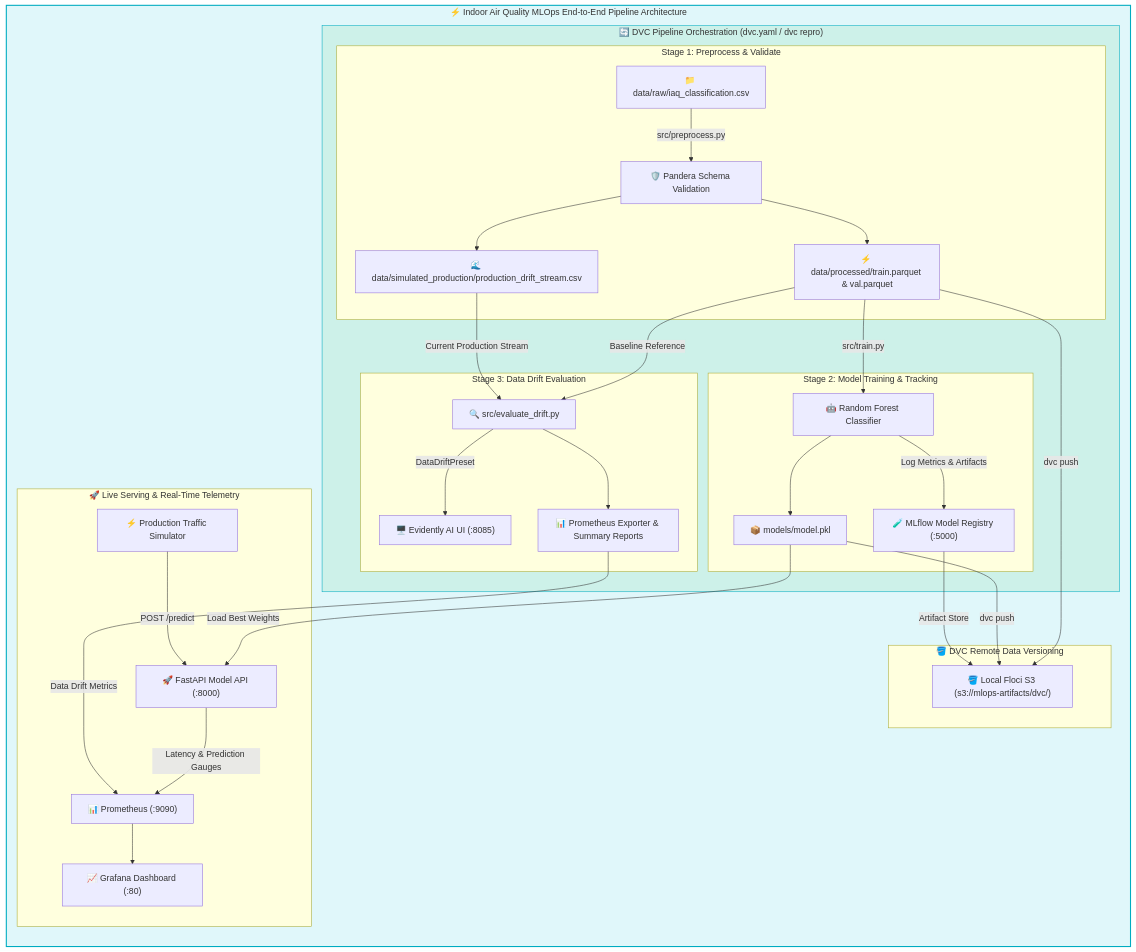
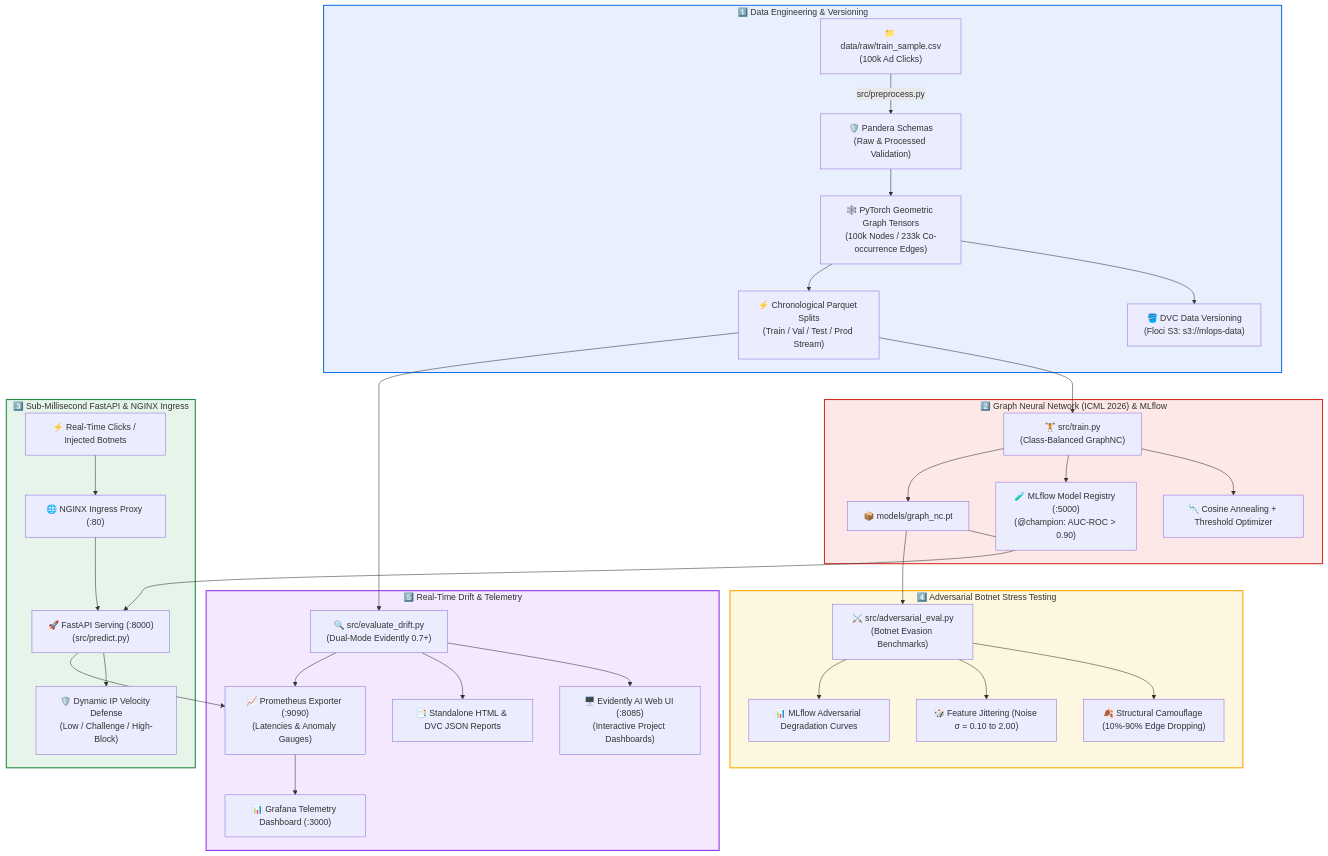
One commit to OmarAlsaqa/ads-safety-mlops changed the diagram in README.md. Above: the diagram before and after it, drawn with Mermaid. The commit also changed other lines of this file and 23 other files, not shown here.

Commit message:
feat: complete end-to-end GraphNC ads safety MLOps platform

````diff
--- a/README.md
+++ b/README.md
@@ -12,46 +9,45 @@
 ```mermaid
-flowchart LR
-    subgraph FullPipeline["⚡ Indoor Air Quality MLOps End-to-End Pipeline Architecture"]
-
-        subgraph DVC_Orchestration["🔄 DVC Pipeline Orchestration (dvc.yaml / dvc repro)"]
-            
-            subgraph Stage1["Stage 1: Preprocess & Validate"]
-                RawCSV["📁 data/raw/iaq_classification.csv"] -->|src/preprocess.py| PanderaVal["🛡️ Pandera Schema Validation"]
-                PanderaVal --> ProcessedParquet["⚡ data/processed/train.parquet & val.parquet"]
-                PanderaVal --> ProdStream["🌊 data/simulated_production/production_drift_stream.csv"]
-            end
-
-            subgraph Stage2["Stage 2: Model Training & Tracking"]
-                ProcessedParquet -->|src/train.py| RandomForest["🤖 Random Forest Classifier"]
-                RandomForest -->|Log Metrics & Artifacts| MLflowServer["🧪 MLflow Model Registry (:5000)"]
-                RandomForest --> ModelPKL["📦 models/model.pkl"]
-            end
-
-            subgraph Stage3["Stage 3: Data Drift Evaluation"]
-                ProcessedParquet -->|Baseline Reference| DriftScript["🔍 src/evaluate_drift.py"]
-                ProdStream -->|Current Production Stream| DriftScript
-                DriftScript -->|DataDriftPreset| EvidentlyUI["🖥️ Evidently AI UI (:8085)"]
-                DriftScript --> SummaryMetrics["📊 Prometheus Exporter & Summary Reports"]
-            end
-
-        end
-
-        subgraph DVCSync["🪣 DVC Remote Data Versioning"]
-            ProcessedParquet -->|dvc push| FlociS3["🪣 Local Floci S3 (s3://mlops-artifacts/dvc/)"]
-            ModelPKL -->|dvc push| FlociS3
-            MLflowServer -->|Artifact Store| FlociS3
-        end
-
-        subgraph ServingTelemetry["🚀 Live Serving & Real-Time Telemetry"]
-            ModelPKL -->|Load Best Weights| FastAPIService["🚀 FastAPI Model API (:8000)"]
-            TrafficSim["⚡ Production Traffic Simulator"] -->|POST /predict| FastAPIService
-            FastAPIService -->|Latency & Prediction Gauges| PrometheusServer["📊 Prometheus (:9090)"]
-            SummaryMetrics -->|Data Drift Metrics| PrometheusServer
-            PrometheusServer --> GrafanaDashboard["📈 Grafana Dashboard (:80)"]
-        end
-
+flowchart TB
+    subgraph DataEngineering["1️⃣ Data Engineering & Versioning"]
+        RawClick["📁 data/raw/train_sample.csv\n(100k Ad Clicks)"] -->|src/preprocess.py| PanderaVal["🛡️ Pandera Schemas\n(Raw & Processed Validation)"]
+        PanderaVal --> GraphGen["🕸️ PyTorch Geometric Graph Tensors\n(100k Nodes / 233k Co-occurrence Edges)"]
+        GraphGen --> DVCStorage["🪣 DVC Data Versioning\n(Floci S3: s3://mlops-data)"]
+        GraphGen --> ParquetSplits["⚡ Chronological Parquet Splits\n(Train / Val / Test / Prod Stream)"]
     end
 
-    style FullPipeline fill:#e0f7fa,stroke:#00acc1,stroke-width:2px
-    style DVC_Orchestration fill:#9FE2BF,stroke:#00acc1,stroke-width:1px,fill-opacity:0.3
+    subgraph Modeling["2️⃣ Graph Neural Network (ICML 2026) & MLflow"]
+        ParquetSplits --> TrainScript["🏋️ src/train.py\n(Class-Balanced GraphNC)"]
+        TrainScript --> CosineScheduler["📉 Cosine Annealing + Threshold Optimizer"]
+        TrainScript --> MLflowRegistry["🧪 MLflow Model Registry (:5000)\n(@champion: AUC-ROC > 0.90)"]
+        TrainScript --> ModelCheckpoints["📦 models/graph_nc.pt"]
+    end
+
+    subgraph RealTimeServing["3️⃣ Sub-Millisecond FastAPI & NGINX Ingress"]
+        ModelCheckpoints --> API["🚀 FastAPI Serving (:8000)\n(src/predict.py)"]
+        NGINX["🌐 NGINX Ingress Proxy (:80)"] --> API
+        TrafficStream["⚡ Real-Time Clicks / Injected Botnets"] --> NGINX
+        API --> DynamicVelocity["🛡️ Dynamic IP Velocity Defense\n(Low / Challenge / High-Block)"]
+    end
+
+    subgraph AdversarialRobustness["4️⃣ Adversarial Botnet Stress Testing"]
+        ModelCheckpoints --> AdvEval["⚔️ src/adversarial_eval.py\n(Botnet Evasion Benchmarks)"]
+        AdvEval --> Camouflage["🍂 Structural Camouflage (10%-90% Edge Dropping)"]
+        AdvEval --> Jittering["🎲 Feature Jittering (Noise σ = 0.10 to 2.00)"]
+        AdvEval --> AdvReports["📊 MLflow Adversarial Degradation Curves"]
+    end
+
+    subgraph MonitoringTelemetry["5️⃣ Real-Time Drift & Telemetry"]
+        ParquetSplits --> DriftEval["🔍 src/evaluate_drift.py\n(Dual-Mode Evidently 0.7+)"]
+        DriftEval --> EvidentlyUI["🖥️ Evidently AI Web UI (:8085)\n(Interactive Project Dashboards)"]
+        DriftEval --> DriftReports["📑 Standalone HTML & DVC JSON Reports"]
+        API --> PromExporter["📈 Prometheus Exporter (:9090)\n(Latencies & Anomaly Gauges)"]
+        DriftEval --> PromExporter
+        PromExporter --> Grafana["📊 Grafana Telemetry Dashboard (:3000)"]
+    end
+
+    style DataEngineering fill:#e8f0fe,stroke:#1a73e8,stroke-width:2px
+    style Modeling fill:#fce8e6,stroke:#d93025,stroke-width:2px
+    style RealTimeServing fill:#e6f4ea,stroke:#1e8e3e,stroke-width:2px
+    style AdversarialRobustness fill:#fef7e0,stroke:#f9ab00,stroke-width:2px
+    style MonitoringTelemetry fill:#f3e8fd,stroke:#9334e6,stroke-width:2px
 ```
````
